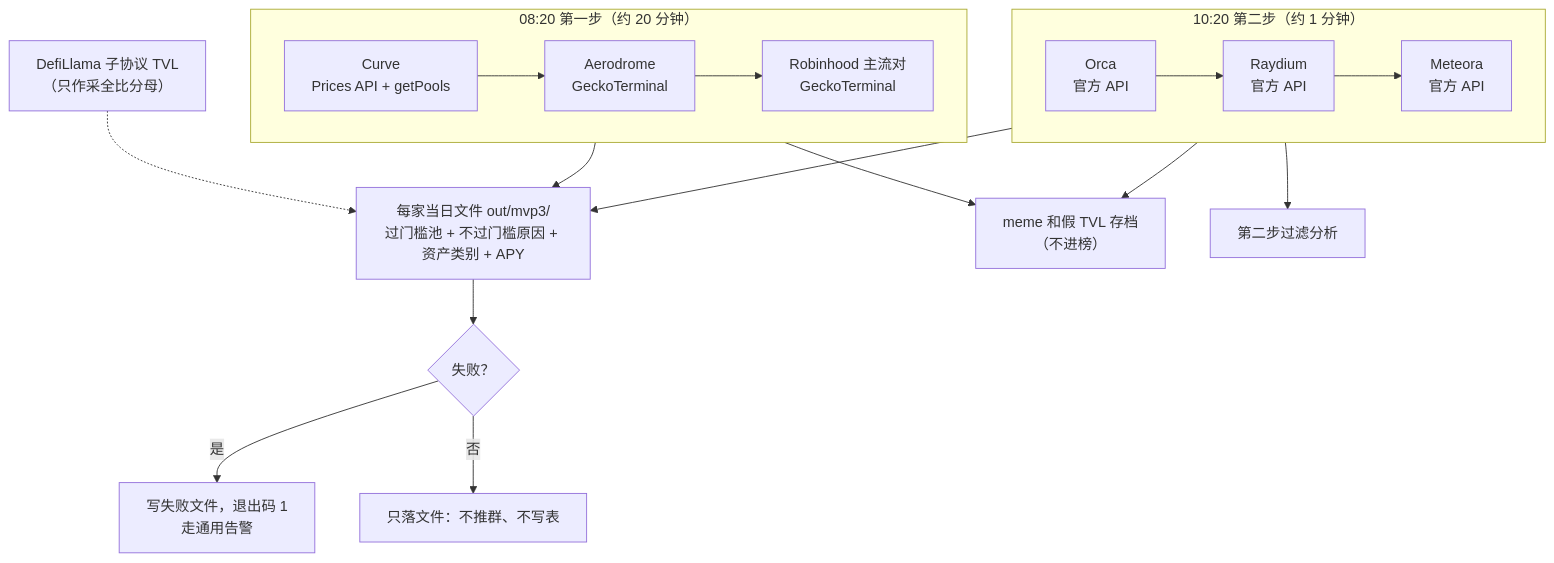
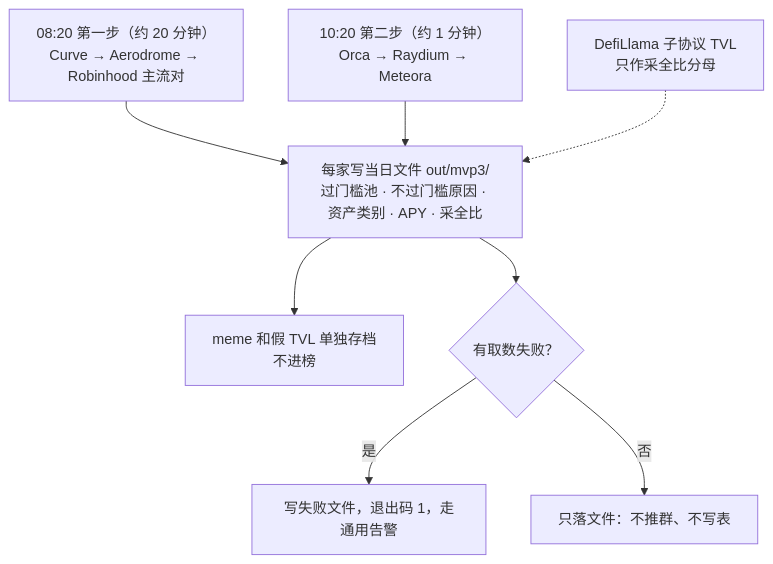
One commit to JulyWA/lp-monitor-3.0-snapshot changed the second of 3 diagrams in protocol-docs/lp-market-3.0-brief.md. Above: the diagram before and after it, drawn with Mermaid. The commit also changed 1 other file, not shown here.

Commit message:
宽图改成竖向

````diff
--- a/protocol-docs/lp-market-3.0-brief.md
+++ b/protocol-docs/lp-market-3.0-brief.md
@@ -49,20 +49,10 @@
 ```mermaid
 flowchart TB
-  subgraph A["08:20 第一步（约 20 分钟）"]
-    direction LR
-    C["Curve<br/>Prices API + getPools"] --> Ae["Aerodrome<br/>GeckoTerminal"] --> R["Robinhood 主流对<br/>GeckoTerminal"]
-  end
-  subgraph B["10:20 第二步（约 1 分钟）"]
-    direction LR
-    O["Orca<br/>官方 API"] --> Ry["Raydium<br/>官方 API"] --> M["Meteora<br/>官方 API"]
-  end
-  A --> F["每家当日文件 out/mvp3/<br/>过门槛池 + 不过门槛原因 + 资产类别 + APY"]
-  B --> F
-  A --> X["meme 和假 TVL 存档<br/>（不进榜）"]
-  B --> X
-  B --> Q["第二步过滤分析"]
-  L["DefiLlama 子协议 TVL<br/>（只作采全比分母）"] -.-> F
-  F --> W{"失败？"}
-  W -- "是" --> G["写失败文件，退出码 1<br/>走通用告警"]
-  W -- "否" --> N["只落文件：不推群、不写表"]
+  A["08:20 第一步（约 20 分钟）<br/>Curve → Aerodrome → Robinhood 主流对"] --> F
+  B["10:20 第二步（约 1 分钟）<br/>Orca → Raydium → Meteora"] --> F
+  L["DefiLlama 子协议 TVL<br/>只作采全比分母"] -.-> F
+  F["每家写当日文件 out/mvp3/<br/>过门槛池 · 不过门槛原因 · 资产类别 · APY · 采全比"] --> X["meme 和假 TVL 单独存档<br/>不进榜"]
+  F --> W{"有取数失败？"}
+  W -->|"是"| G["写失败文件，退出码 1，走通用告警"]
+  W -->|"否"| N["只落文件：不推群、不写表"]
 ```
````
